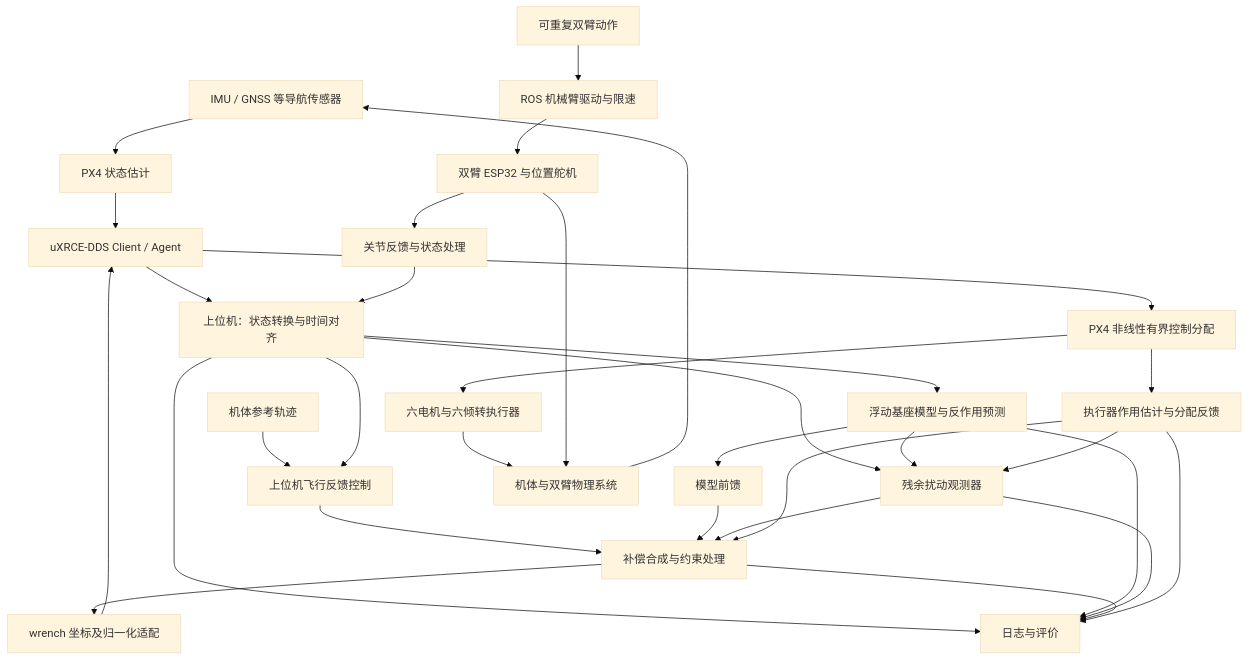
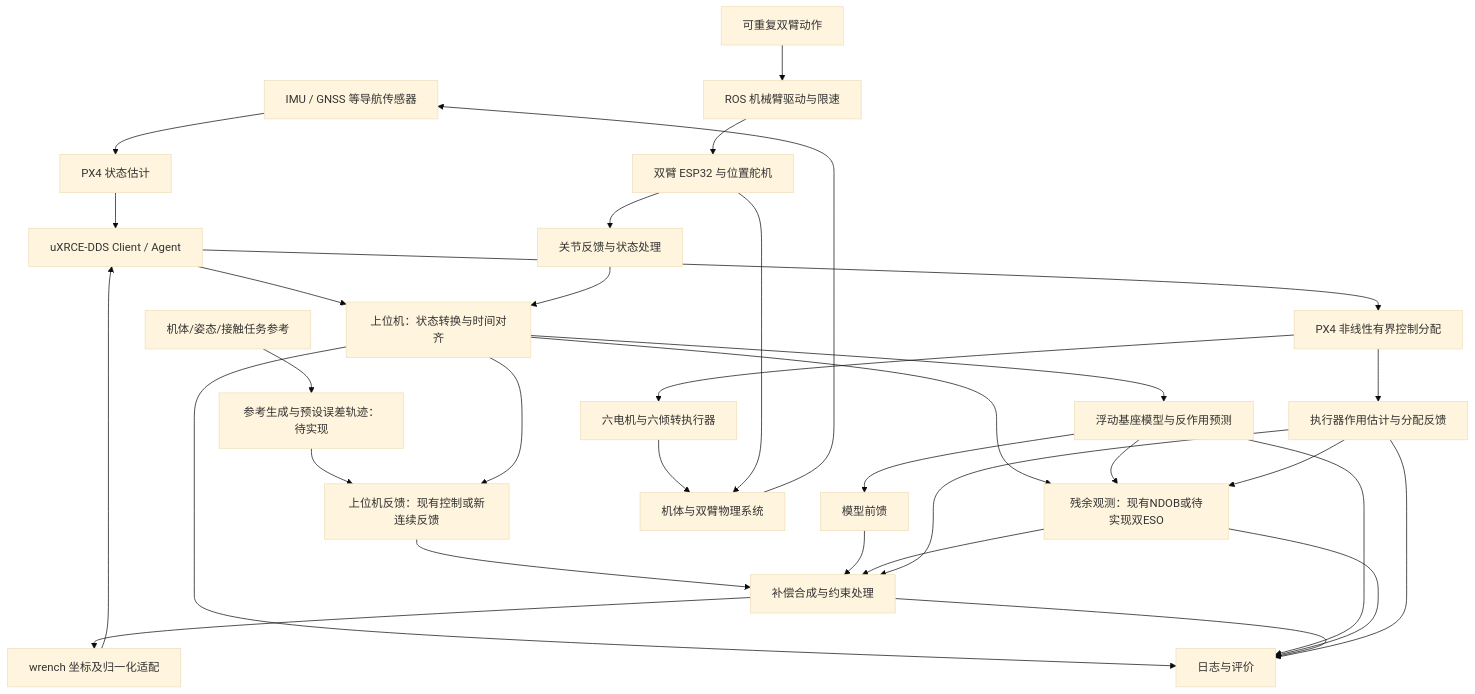
One commit to Xrain118/Disturbance-Rejection-Control-Algorithm-Design changed the diagram in 软件架构.md. Above: the diagram before and after it, drawn with Mermaid (base theme). The commit also changed other lines of this file and 73 other files, not shown here.

````diff
--- a/软件架构.md
+++ b/软件架构.md
@@ -19,34 +45,35 @@
 ```mermaid
 flowchart TD
     NAV[IMU / GNSS 等导航传感器] --> EST[PX4 状态估计]
     EST --> DDS[uXRCE-DDS Client / Agent]
     DDS --> SYNC[上位机：状态转换与时间对齐]
     ESP[双臂 ESP32 与位置舵机] --> ARM[关节反馈与状态处理]
     ARM --> SYNC
-    REF[机体参考轨迹] --> CTRL[上位机飞行反馈控制]
+    REF[机体/姿态/接触任务参考] --> PRE[参考生成与预设误差轨迹：待实现]
+    PRE --> CTRL[上位机反馈：现有控制或新连续反馈]
     SYNC --> CTRL
     SYNC --> MODEL[浮动基座模型与反作用预测]
-    SYNC --> OBS[残余扰动观测器]
+    SYNC --> OBS[残余观测：现有NDOB或待实现双ESO]
     MODEL --> OBS
     MODEL --> FF[模型前馈]
     CTRL --> SUM[补偿合成与约束处理]
     FF --> SUM
     OBS --> SUM
     SUM --> ADAPT[wrench 坐标及归一化适配]
     ADAPT --> DDS
     DDS --> ALLOC[PX4 非线性有界控制分配]
     ALLOC --> ACT[六电机与六倾转执行器]
     ACT --> BODY[机体与双臂物理系统]
     ESP --> BODY
     BODY --> NAV
     ALLOC --> INPUT[执行器作用估计与分配反馈]
     INPUT --> OBS
     INPUT --> SUM
     TASK[可重复双臂动作] --> DRIVER[ROS 机械臂驱动与限速]
     DRIVER --> ESP
     SYNC --> LOG[日志与评价]
     MODEL --> LOG
     OBS --> LOG
     SUM --> LOG
     INPUT --> LOG
 ```
````
